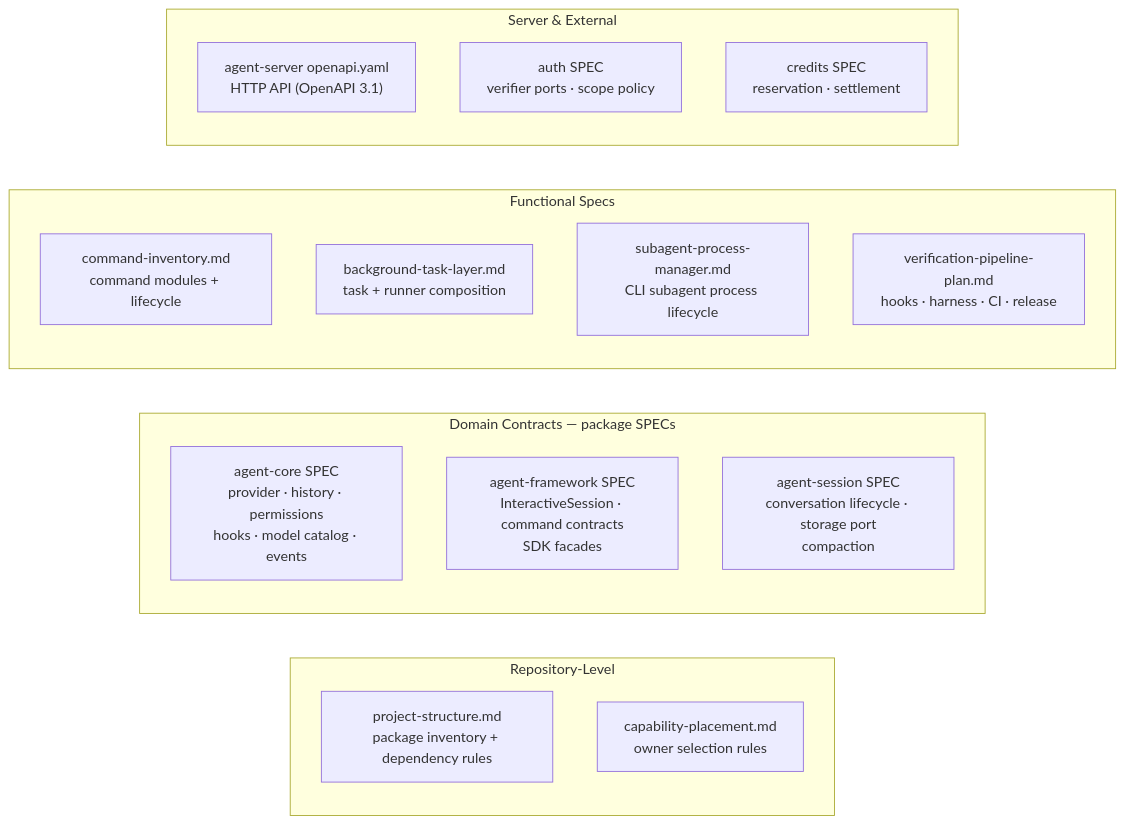
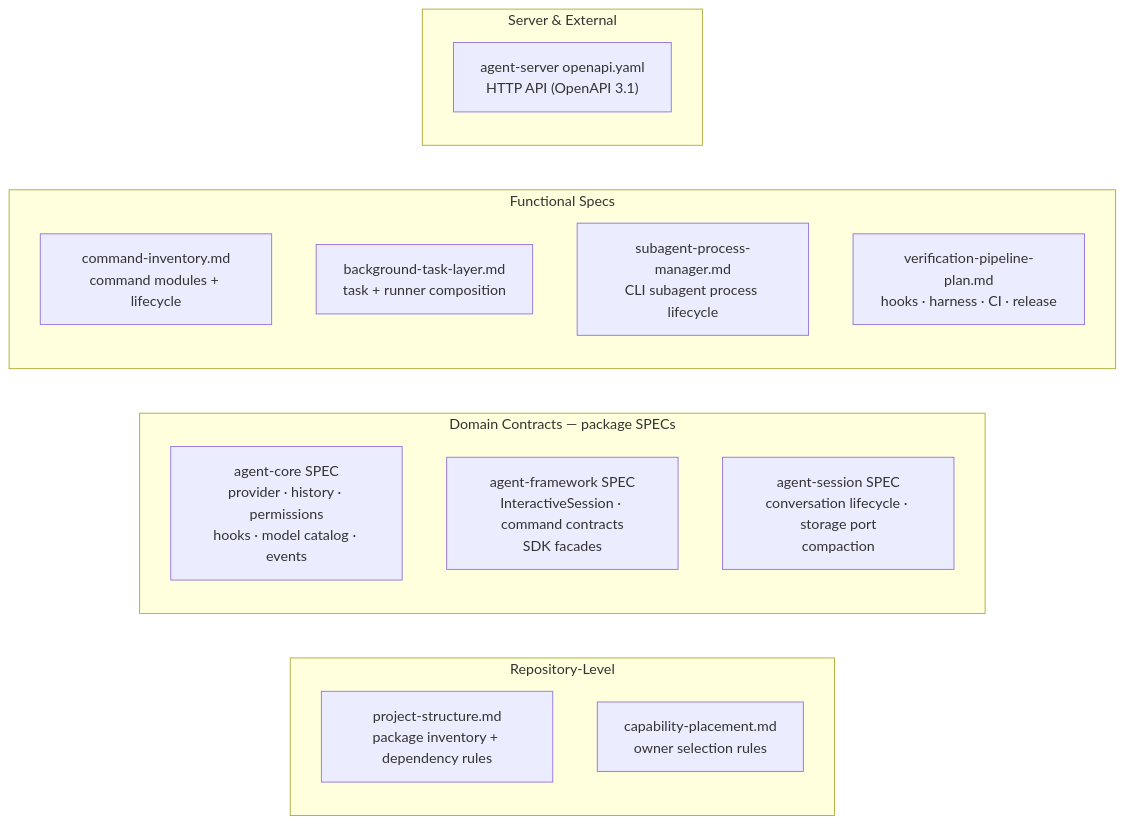
One commit to woojubb/robota changed the diagram in .agents/specs/architecture-map/cross-cutting-contracts.md. Above: the diagram before and after it, drawn with Mermaid. The commit also changed other lines of this file and 18 other files, not shown here.

````diff
--- a/.agents/specs/architecture-map/cross-cutting-contracts.md
+++ b/.agents/specs/architecture-map/cross-cutting-contracts.md
@@ -13,23 +13,21 @@
 ```mermaid
 graph LR
   subgraph Repo["Repository-Level"]
     PS["project-structure.md\npackage inventory + dependency rules"]
     CP["capability-placement.md\nowner selection rules"]
   end
   subgraph Domain["Domain Contracts — package SPECs"]
     CS["agent-core SPEC\nprovider · history · permissions\nhooks · model catalog · events"]
     FS["agent-framework SPEC\nInteractiveSession · command contracts\nSDK facades"]
     SS["agent-session SPEC\nconversation lifecycle · storage port\ncompaction"]
   end
   subgraph Functional["Functional Specs"]
     CI["command-inventory.md\ncommand modules + lifecycle"]
     BT["background-task-layer.md\ntask + runner composition"]
     SP["subagent-process-manager.md\nCLI subagent process lifecycle"]
     VP["verification-pipeline-plan.md\nhooks · harness · CI · release"]
   end
   subgraph Server["Server & External"]
     OA["agent-server openapi.yaml\nHTTP API (OpenAPI 3.1)"]
-    AU["auth SPEC\nverifier ports · scope policy"]
-    CR["credits SPEC\nreservation · settlement"]
   end
 ```
````
